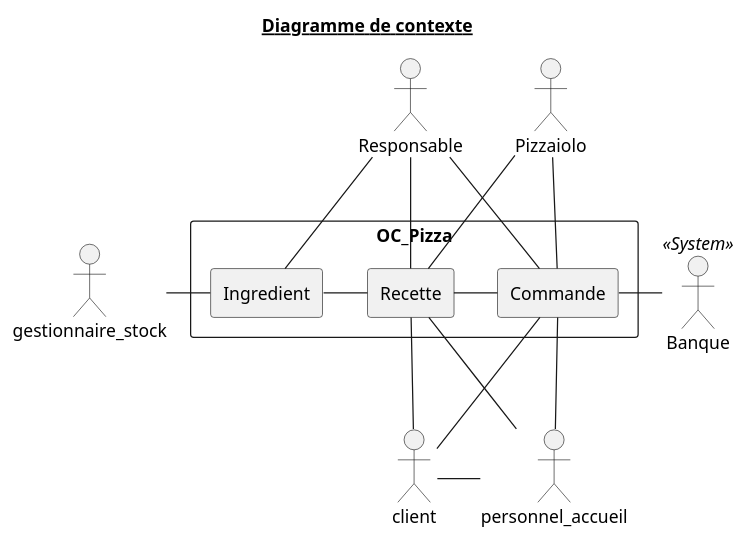
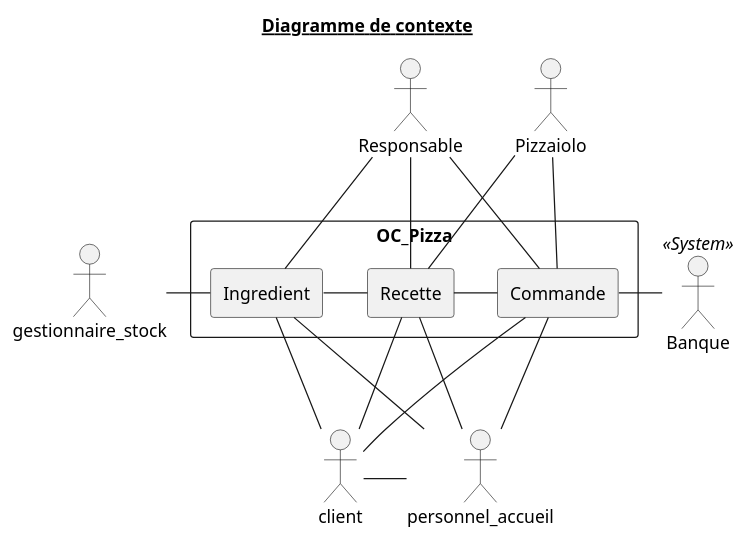
The diagram in doc/uml/1_contextDiagram.puml (Zepmanbc/oc_dapython_pr4), drawn with PlantUML before and after one commit. The commit also changed 24 other files, not shown here.

```diff
--- a/doc/uml/1_contextDiagram.puml
+++ b/doc/uml/1_contextDiagram.puml
@@ -1,50 +1,52 @@
 @startuml 1_contextDiagram
 title <u> Diagramme de contexte</u>
 ' left to right direction
 ' top to bottom direction
 
 rectangle OC_Pizza {
     rectangle Commande AS CMD
     rectangle Recette AS RECIPE
     rectangle Ingredient AS ITEM
 }
 
 actor Responsable as RESP
 actor Pizzaiolo as PIZLO
 
 actor Banque <<System>> as BANK
 
 actor client as CUSTOMER
 actor personnel_accueil as ACCUEIL
 
 
 actor gestionnaire_stock as GEST
 
 
 GEST -r- ITEM
 
 CMD - RECIPE
 RECIPE - ITEM
 
 RESP -- RECIPE
 RESP -- ITEM
 RESP -- CMD
 
 PIZLO -- RECIPE
 PIZLO -- CMD
 
 
 CMD - BANK
 
 
 CMD -- CUSTOMER
 CMD -- ACCUEIL
 RECIPE -- CUSTOMER
 RECIPE -- ACCUEIL
 CUSTOMER - ACCUEIL
+ITEM -- CUSTOMER
+ITEM -- ACCUEIL
 
 
 
 
 
 @enduml
```
